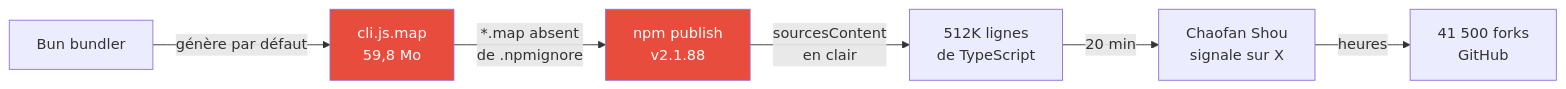
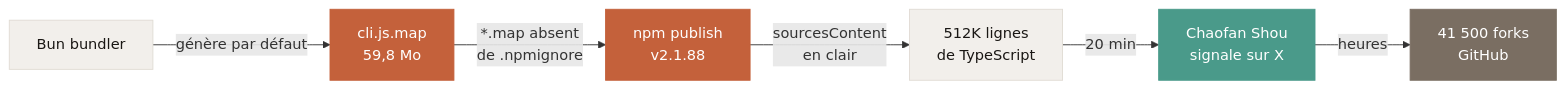
The first of 8 diagrams in _posts/2026-04-01-claude-code-leak.md (BastinFlorian/BastinFlorian.github.io), drawn with Mermaid before and after one commit. The commit also changed other lines of this file and 3 other files, not shown here.

First line of the commit message:
FEAT: Add Mermaid diagrams, SVG recap, and fix blog visibility

````diff
--- a/_posts/2026-04-01-claude-code-leak.md
+++ b/_posts/2026-04-01-claude-code-leak.md
@@ -42,11 +42,15 @@
 ```mermaid
 flowchart LR
     A["Bun bundler"] -->|"génère par défaut"| B["cli.js.map\n59,8 Mo"]
     B -->|"*.map absent\nde .npmignore"| C["npm publish\nv2.1.88"]
     C -->|"sourcesContent\nen clair"| D["512K lignes\nde TypeScript"]
     D -->|"20 min"| E["Chaofan Shou\nsignale sur X"]
     E -->|"heures"| F["41 500 forks\nGitHub"]
 
-    style B fill:#e74c3c,color:#fff
-    style C fill:#e74c3c,color:#fff
+    style A fill:#F2EFEB,color:#1A1714,stroke:#E0DBD4
+    style B fill:#C4613B,color:#fff,stroke:#C4613B
+    style C fill:#C4613B,color:#fff,stroke:#C4613B
+    style D fill:#F2EFEB,color:#1A1714,stroke:#E0DBD4
+    style E fill:#4A9A8A,color:#fff,stroke:#4A9A8A
+    style F fill:#7A6E62,color:#fff,stroke:#7A6E62
 ```
````
